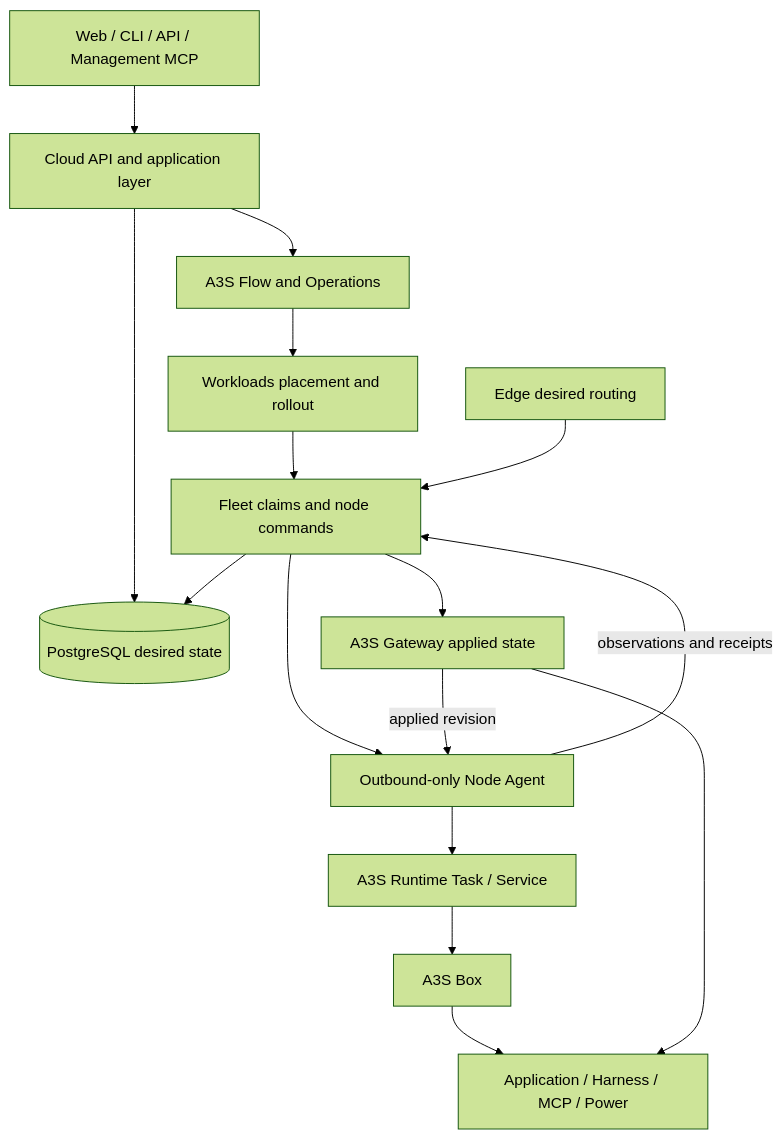
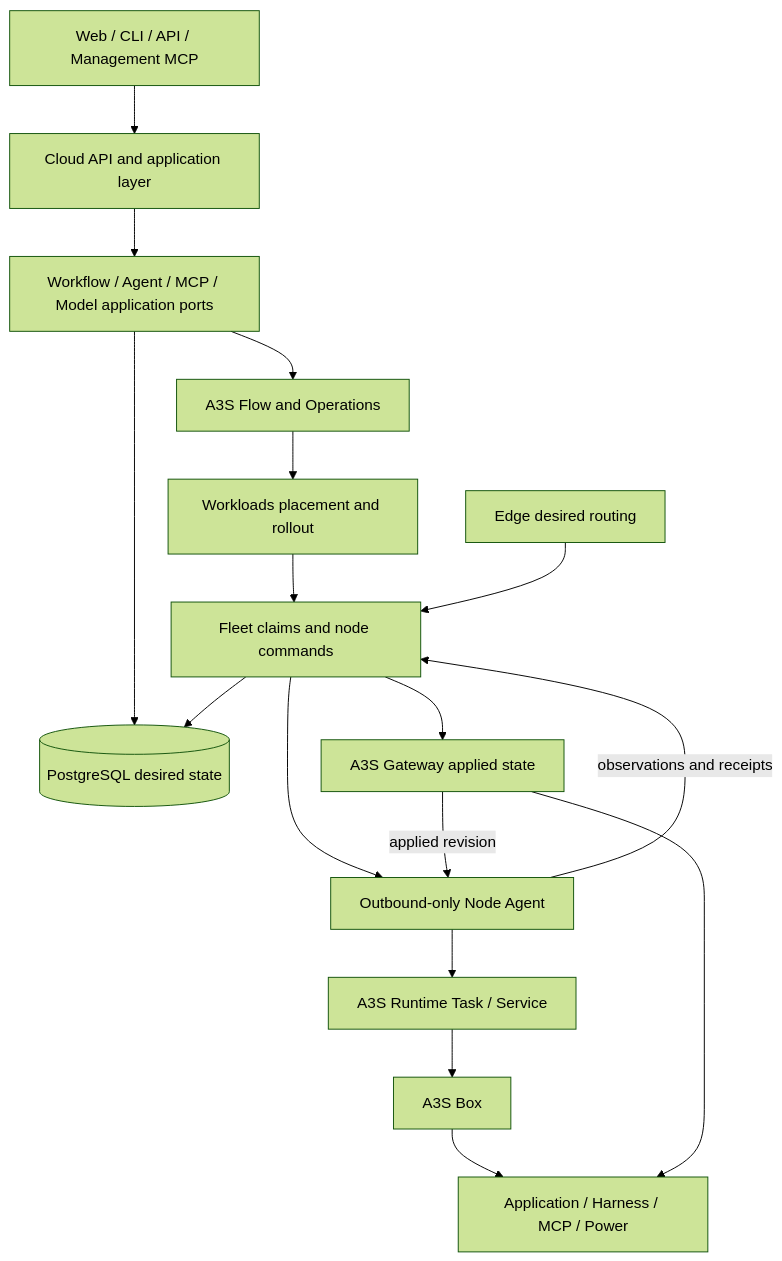
Before and after one commit to A3S-Lab/Cloud: the diagram in docs/architecture.md, drawn with Mermaid (forest theme). The commit also changed other lines of this file and 35 other files, not shown here.

Commit message:
feat(architecture): preserve cloud capability roadmap

````diff
--- a/docs/architecture.md
+++ b/docs/architecture.md
@@ -160,31 +237,33 @@
 ```mermaid
 flowchart TB
     Client[Web / CLI / API / Management MCP]
     API[Cloud API and application layer]
+    Services[Workflow / Agent / MCP / Model application ports]
     DB[(PostgreSQL desired state)]
     Flow[A3S Flow and Operations]
     Workloads[Workloads placement and rollout]
     Fleet[Fleet claims and node commands]
     Agent[Outbound-only Node Agent]
     Runtime[A3S Runtime Task / Service]
     Box[A3S Box]
     Payload[Application / Harness / MCP / Power]
     Edge[Edge desired routing]
     Gateway[A3S Gateway applied state]
 
     Client --> API
-    API --> DB
-    API --> Flow
+    API --> Services
+    Services --> DB
+    Services --> Flow
     Flow --> Workloads
     Workloads --> Fleet
     Fleet --> Agent
     Agent --> Runtime
     Runtime --> Box
     Box --> Payload
     Edge --> Fleet
     Fleet --> Gateway
     Gateway --> Payload
     Agent -->|observations and receipts| Fleet
     Fleet --> DB
     Gateway -->|applied revision| Agent
 ```
````
